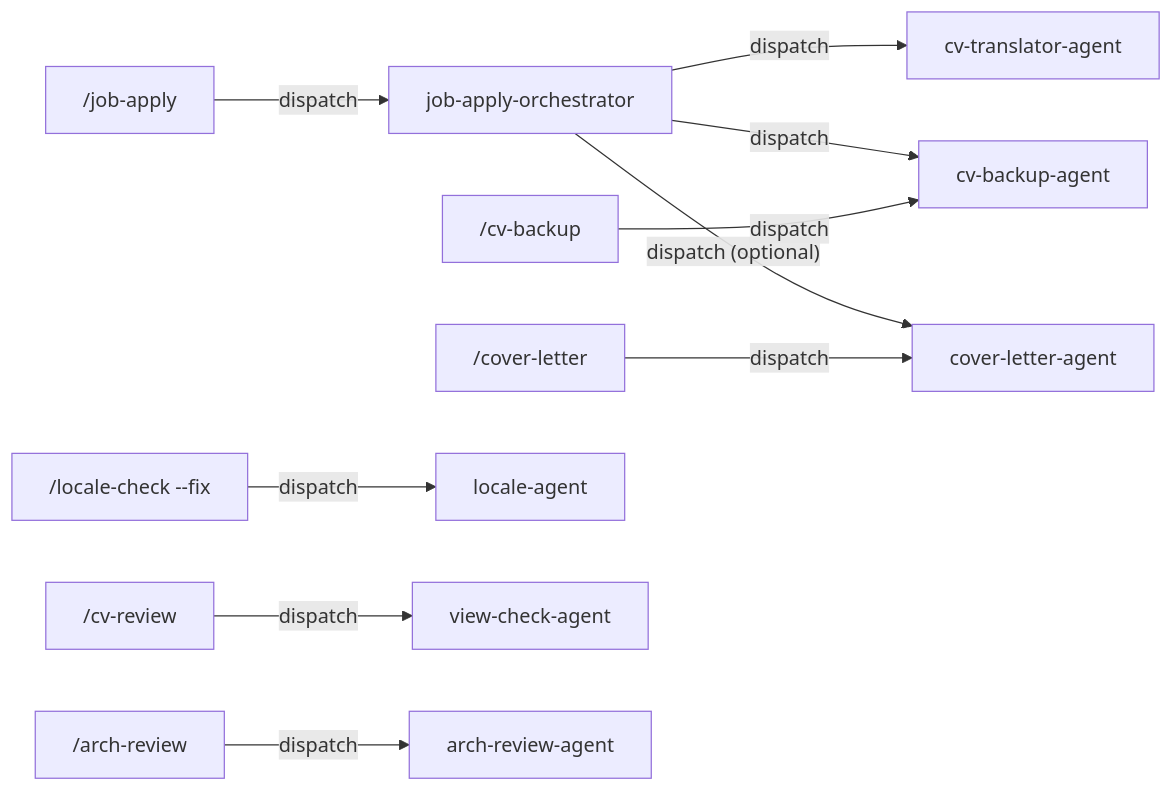
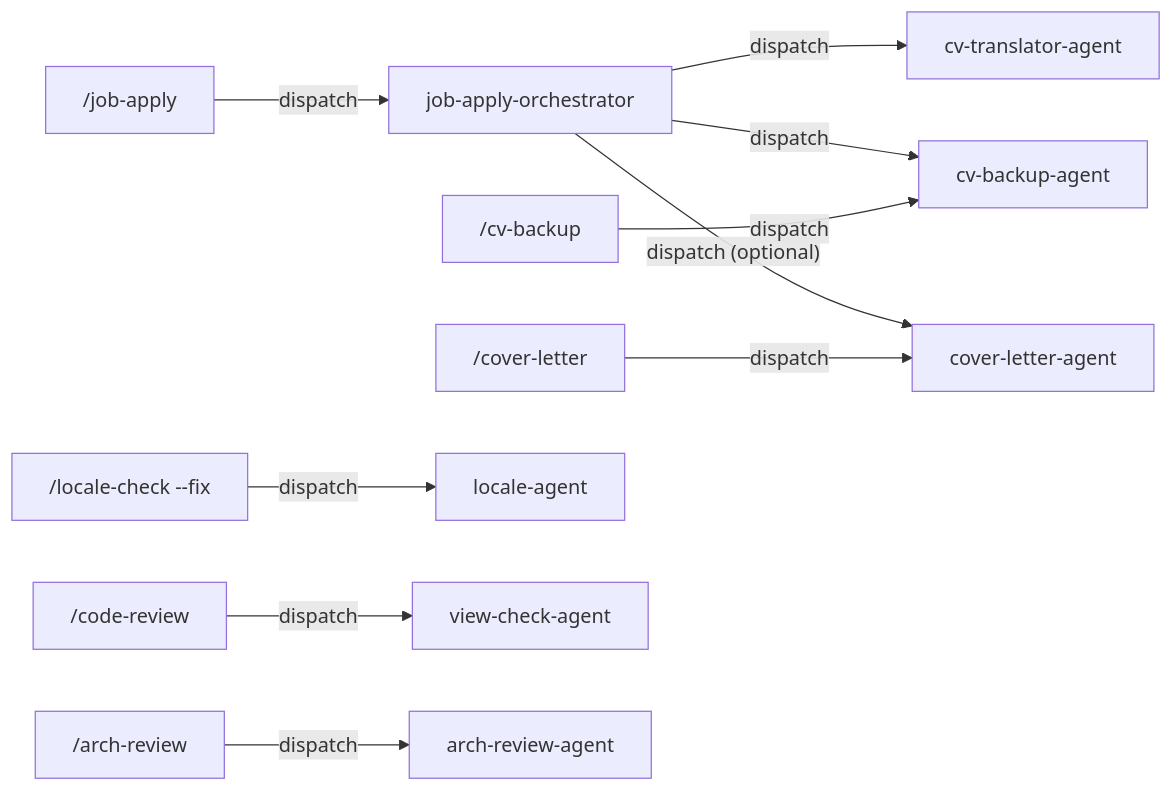
One commit to exphoenee/CV changed the fifth of 5 diagrams in devdocs/ai-workflow.md. Above: the diagram before and after it, drawn with Mermaid. The commit also changed other lines of this file and 26 other files, not shown here.

````diff
--- a/devdocs/ai-workflow.md
+++ b/devdocs/ai-workflow.md
@@ -487,12 +487,12 @@
 ```mermaid
 graph LR
     JA["/job-apply"] -->|dispatch| JAO["job-apply-orchestrator"]
     JAO -->|dispatch| CTA["cv-translator-agent"]
     JAO -->|dispatch| CBA["cv-backup-agent"]
     JAO -->|"dispatch (optional)"| CLA["cover-letter-agent"]
     CB["/cv-backup"] -->|dispatch| CBA
     CL["/cover-letter"] -->|dispatch| CLA
     LC["/locale-check --fix"] -->|dispatch| LA["locale-agent"]
-    CR["/cv-review"] -->|dispatch| VCA["view-check-agent"]
+    CR["/code-review"] -->|dispatch| VCA["view-check-agent"]
     AR["/arch-review"] -->|dispatch| ARA["arch-review-agent"]
 ```
````
